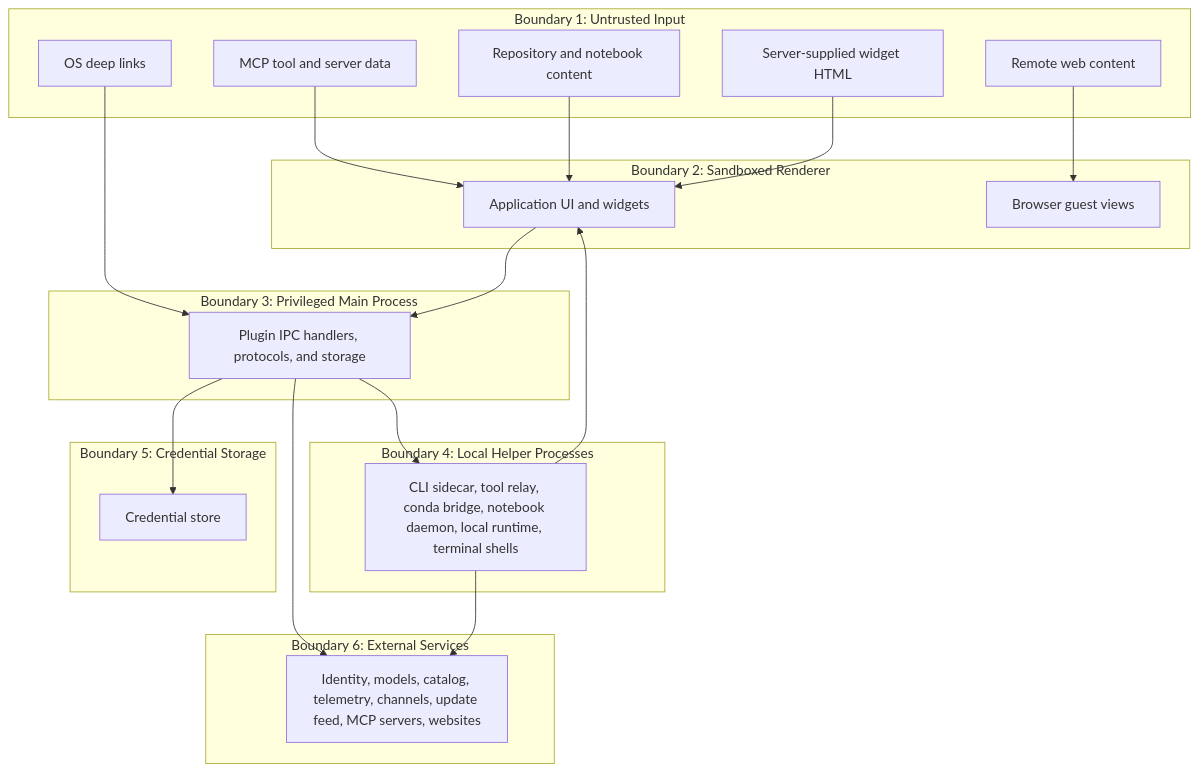
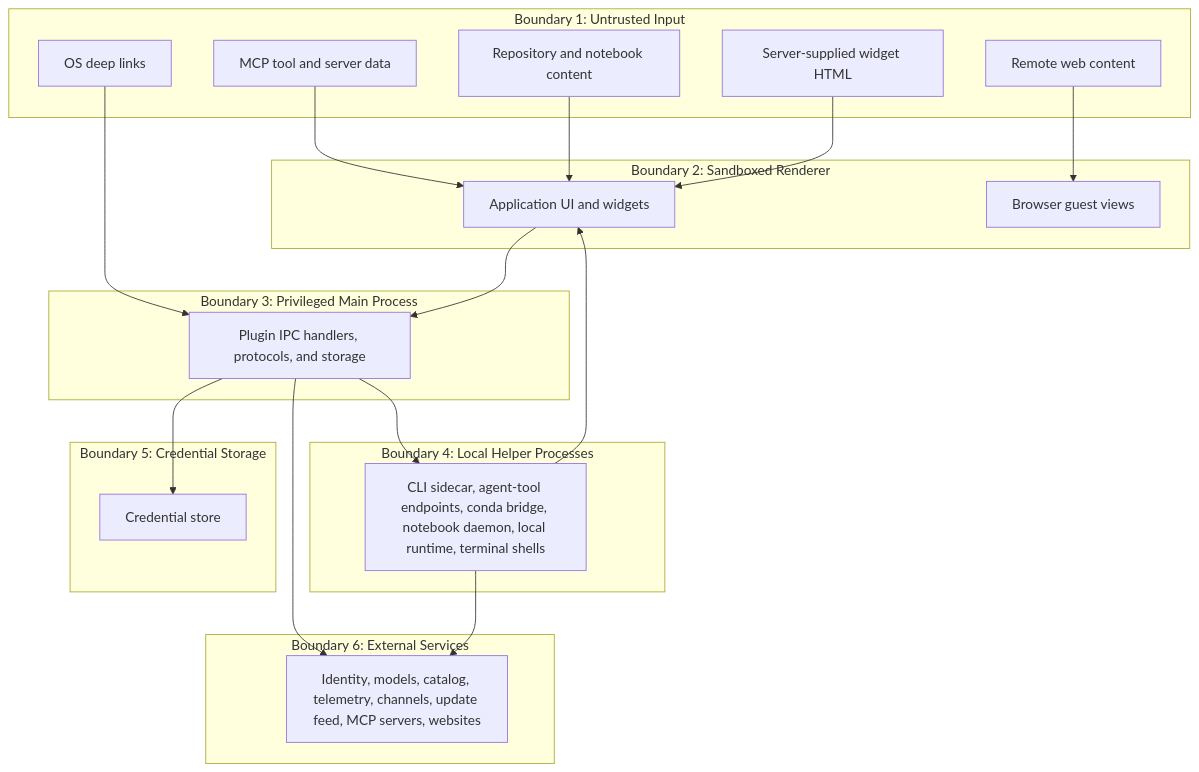
Before and after one commit to Kilo-Org/kilo-desktop: the second of 8 diagrams in docs/security/security-architecture.md, drawn with Mermaid. The commit also changed other lines of this file and 72 other files, not shown here.

````diff
--- a/docs/security/security-architecture.md
+++ b/docs/security/security-architecture.md
@@ -141,43 +141,43 @@
 ```mermaid
 flowchart TB
   subgraph untrusted["Boundary 1: Untrusted Input"]
     web["Remote web content"]
     mcpdata["MCP tool and server data"]
     repocontent["Repository and notebook content"]
     serverhtml["Server-supplied widget HTML"]
     links["OS deep links"]
   end
 
   subgraph rendererb["Boundary 2: Sandboxed Renderer"]
     ui["Application UI and widgets"]
     guest["Browser guest views"]
   end
 
   subgraph mainb["Boundary 3: Privileged Main Process"]
     handlers["Plugin IPC handlers, protocols, and storage"]
   end
 
   subgraph localb["Boundary 4: Local Helper Processes"]
-    helper["CLI sidecar, tool relay, conda bridge, notebook daemon, local runtime, terminal shells"]
+    helper["CLI sidecar, agent-tool endpoints, conda bridge, notebook daemon, local runtime, terminal shells"]
   end
 
   subgraph creds["Boundary 5: Credential Storage"]
     keychain["Credential store"]
   end
 
   subgraph externalb["Boundary 6: External Services"]
     svc["Identity, models, catalog, telemetry, channels, update feed, MCP servers, websites"]
   end
 
   web --> guest
   mcpdata --> ui
   repocontent --> ui
   serverhtml --> ui
   links --> handlers
   ui --> handlers
   handlers --> helper
   handlers --> keychain
   handlers --> svc
   helper --> svc
   helper --> ui
 ```
````
